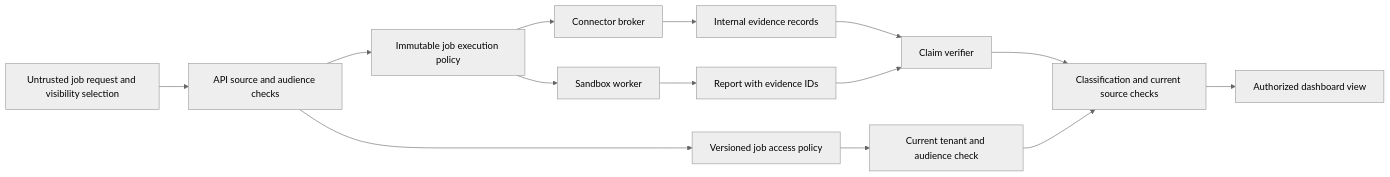
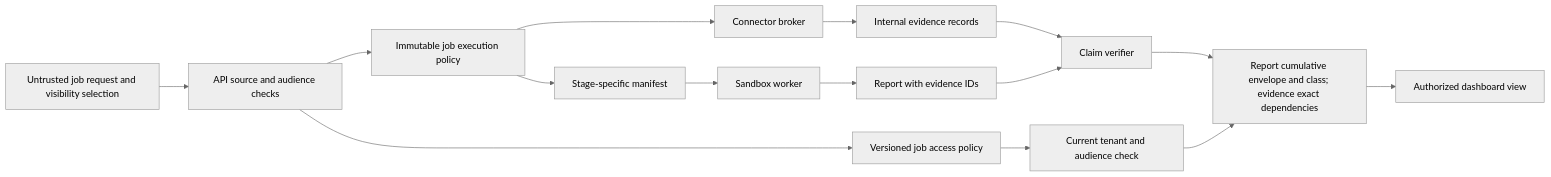
Before and after one commit to gvaibhav/openshell-deep-research-platform: the first of 2 diagrams in contracts/README.md, drawn with Mermaid (neutral theme). The commit also changed other lines of this file and 48 other files, not shown here.

````diff
--- a/contracts/README.md
+++ b/contracts/README.md
@@ -23,16 +25,17 @@
 ```mermaid
 flowchart LR
     Request[Untrusted job request and visibility selection] --> Validation[API source and audience checks]
     Validation --> Policy[Immutable job execution policy]
     Validation --> ACL[Versioned job access policy]
-    Policy --> Worker[Sandbox worker]
+    Policy --> Stage[Stage-specific manifest]
+    Stage --> Worker[Sandbox worker]
     Policy --> Broker[Connector broker]
     Broker --> Evidence[Internal evidence records]
     Worker --> Report[Report with evidence IDs]
     Evidence --> Verifier[Claim verifier]
     Report --> Verifier
     ACL --> ReadGate[Current tenant and audience check]
-    Verifier --> ContentGate[Classification and current source checks]
+    Verifier --> ContentGate[Report cumulative envelope and class; evidence exact dependencies]
     ReadGate --> ContentGate
     ContentGate --> Dashboard[Authorized dashboard view]
 ```
````
